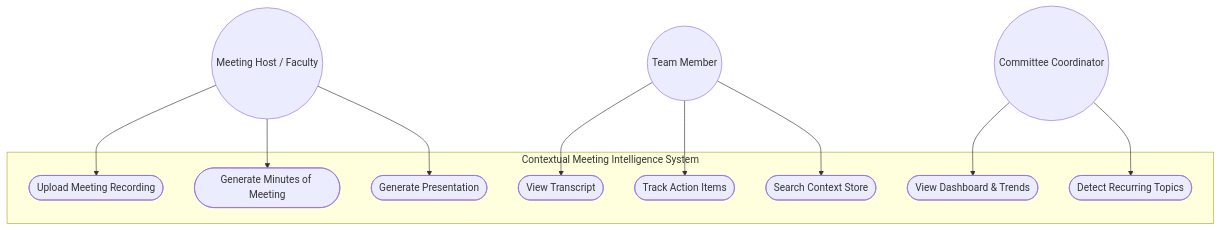
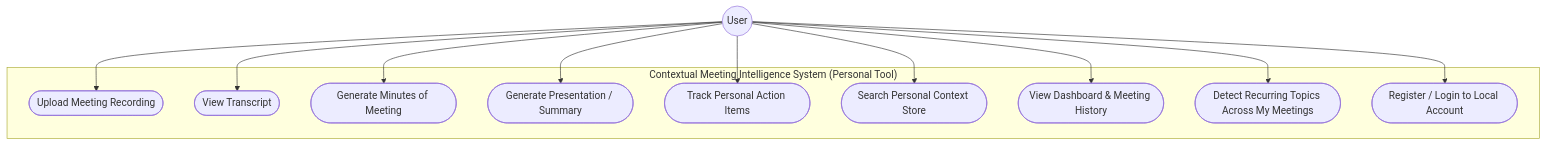
One commit to Karansinh22/CMIS changed the first of 8 diagrams in docs/CMIS_UML_Diagrams.md. Above: the diagram before and after it, drawn with Mermaid. The commit also changed other lines of this file and 9 other files, not shown here.

````diff
--- a/docs/CMIS_UML_Diagrams.md
+++ b/docs/CMIS_UML_Diagrams.md
@@ -11,26 +11,26 @@
 ```mermaid
 graph TB
-    Host((Meeting Host / Faculty))
-    Member((Team Member))
-    Coordinator((Committee Coordinator))
+    User((User))
 
-    subgraph CMIS[Contextual Meeting Intelligence System]
+    subgraph CMIS["Contextual Meeting Intelligence System (Personal Tool)"]
         UC1([Upload Meeting Recording])
         UC2([View Transcript])
         UC3([Generate Minutes of Meeting])
-        UC4([Generate Presentation])
-        UC5([Track Action Items])
-        UC6([Search Context Store])
-        UC7([View Dashboard & Trends])
-        UC8([Detect Recurring Topics])
+        UC4([Generate Presentation / Summary])
+        UC5([Track Personal Action Items])
+        UC6([Search Personal Context Store])
+        UC7([View Dashboard & Meeting History])
+        UC8([Detect Recurring Topics Across My Meetings])
+        UC9([Register / Login to Local Account])
     end
 
-    Host --> UC1
-    Host --> UC3
-    Host --> UC4
-    Member --> UC2
-    Member --> UC5
-    Member --> UC6
-    Coordinator --> UC7
-    Coordinator --> UC8
+    User --> UC9
+    User --> UC1
+    User --> UC2
+    User --> UC3
+    User --> UC4
+    User --> UC5
+    User --> UC6
+    User --> UC7
+    User --> UC8
 ```
````
